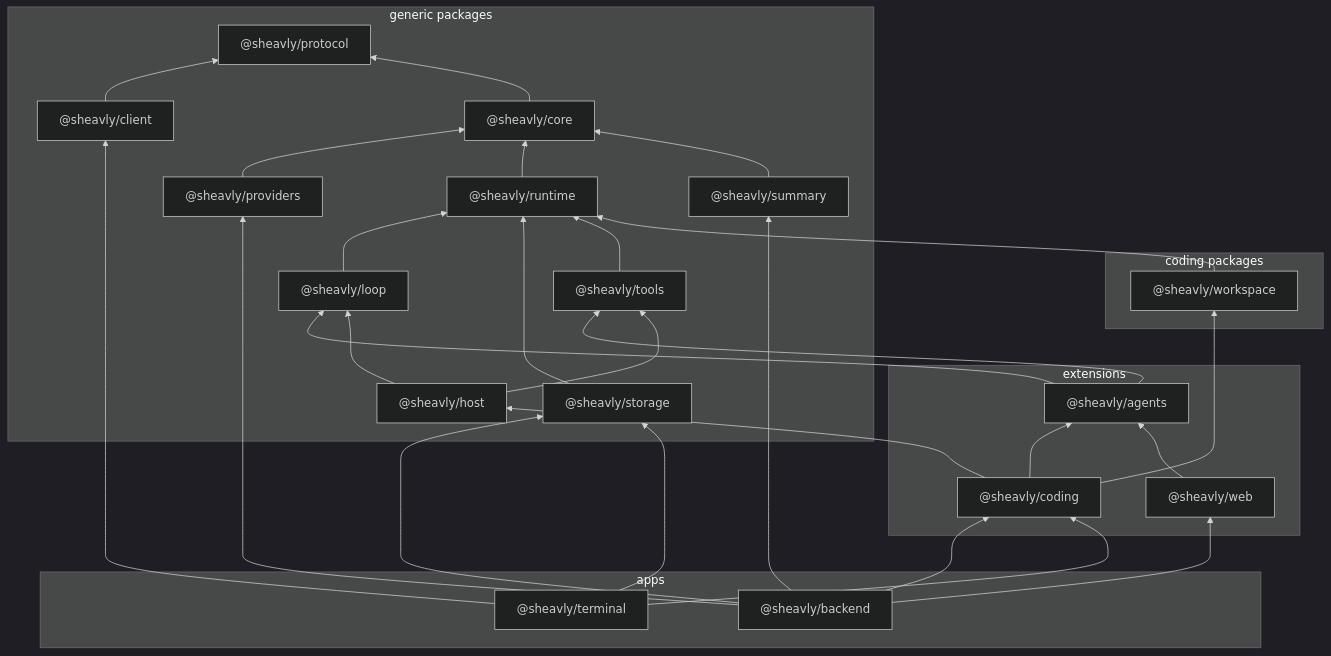
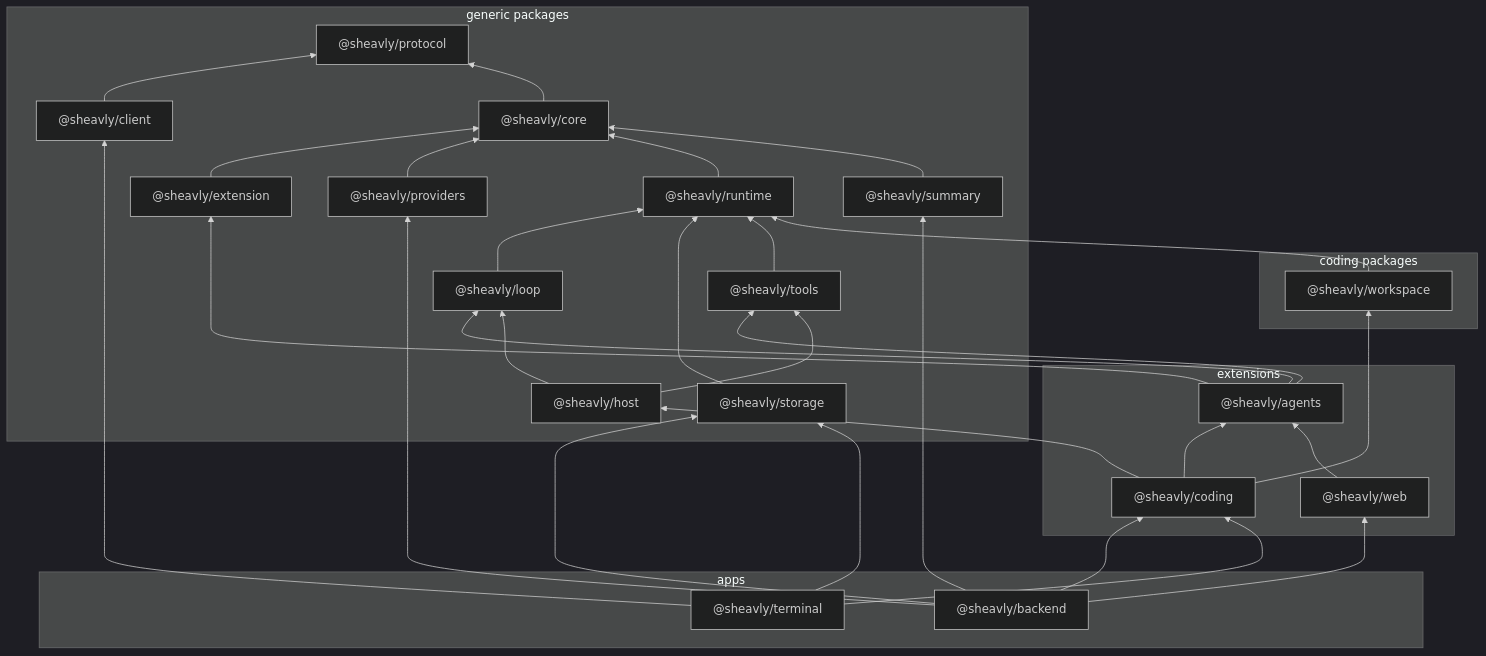
Before and after one commit to Sheavly/code: the diagram in docs/overview.md, drawn with Mermaid (dark theme). The commit also changed other lines of this file and 11 other files, not shown here.

````diff
--- a/docs/overview.md
+++ b/docs/overview.md
@@ -35,52 +35,55 @@
 ```mermaid
 flowchart BT
   subgraph group_generic ["generic packages"]
     client["@sheavly/client"]
     core["@sheavly/core"]
+    extension["@sheavly/extension"]
     host["@sheavly/host"]
     loop["@sheavly/loop"]
     protocol["@sheavly/protocol"]
     providers["@sheavly/providers"]
     runtime["@sheavly/runtime"]
     storage["@sheavly/storage"]
     summary["@sheavly/summary"]
     tools["@sheavly/tools"]
   end
   subgraph group_coding ["coding packages"]
     workspace["@sheavly/workspace"]
   end
   subgraph group_extensions ["extensions"]
     agents["@sheavly/agents"]
     coding["@sheavly/coding"]
     web["@sheavly/web"]
   end
   subgraph group_apps ["apps"]
     backend["@sheavly/backend"]
     terminal["@sheavly/terminal"]
   end
+  agents --> extension
   agents --> loop
   agents --> tools
   backend --> coding
   backend --> providers
   backend --> storage
   backend --> summary
   backend --> web
   client --> protocol
   coding --> agents
   coding --> host
   coding --> workspace
   core --> protocol
+  extension --> core
   host --> loop
   host --> tools
   loop --> runtime
   providers --> core
   runtime --> core
   storage --> runtime
   summary --> core
   terminal --> client
   terminal --> coding
   terminal --> storage
   tools --> runtime
   web --> agents
   workspace --> runtime
 ```
````
